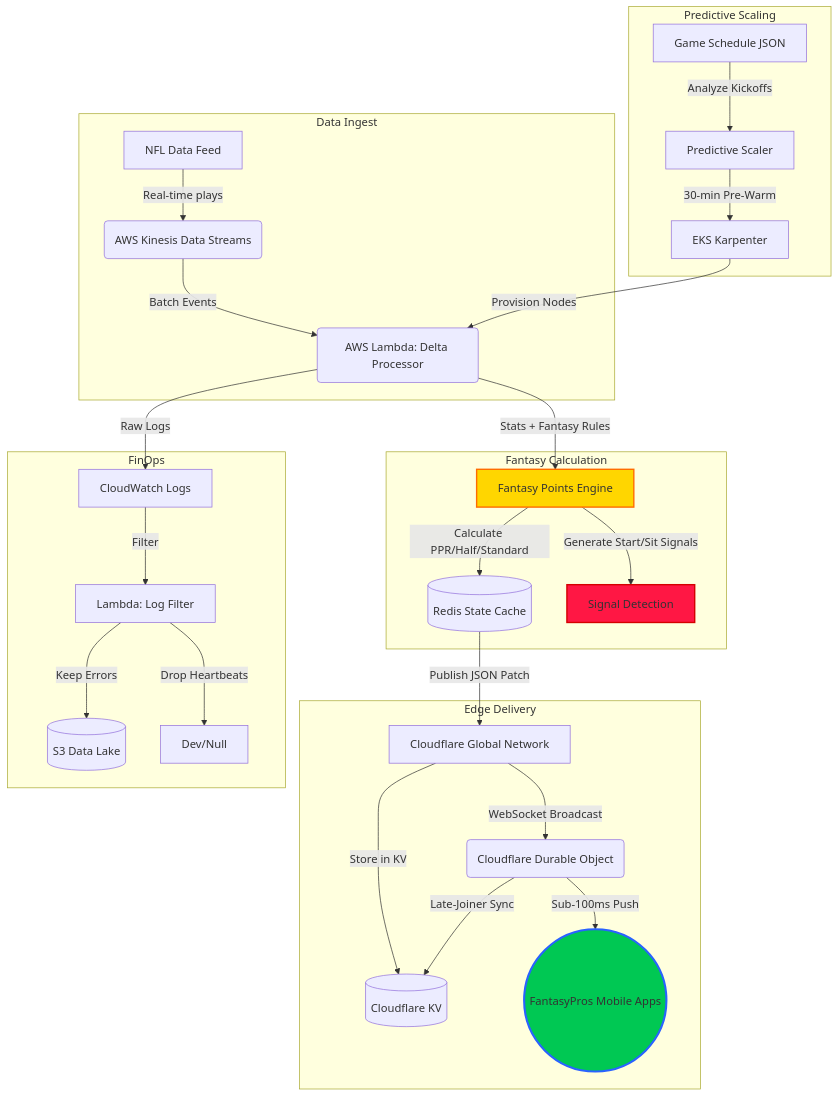
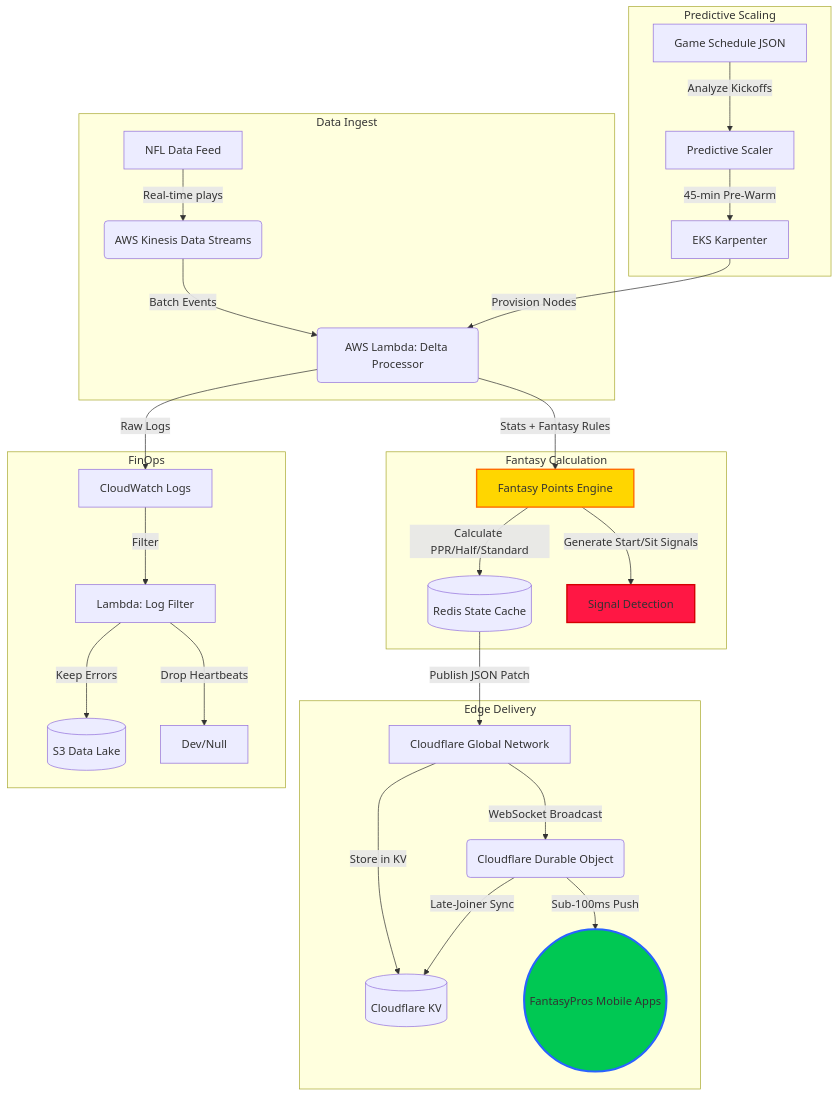
Before and after one commit to Kindee18/blitz-scale-edge-observer: the diagram in FANTASYPROS_SHOWCASE.md, drawn with Mermaid. The commit also changed other lines of this file and 2 other files, not shown here.

````diff
--- a/FANTASYPROS_SHOWCASE.md
+++ b/FANTASYPROS_SHOWCASE.md
@@ -68,38 +68,38 @@
 ```mermaid
 graph TD
     subgraph Data Ingest
         A[NFL Data Feed] -->|Real-time plays| B(AWS Kinesis Data Streams)
         B -->|Batch Events| C(AWS Lambda: Delta Processor)
     end
 
     subgraph Fantasy Calculation
         C -->|Stats + Fantasy Rules| D[Fantasy Points Engine]
         D -->|Calculate PPR/Half/Standard| E[(Redis State Cache)]
         D -->|Generate Start/Sit Signals| F[Signal Detection]
     end
 
     subgraph Edge Delivery
         E -->|Publish JSON Patch| G[Cloudflare Global Network]
         G -->|Store in KV| H[(Cloudflare KV)]
         G -->|WebSocket Broadcast| I(Cloudflare Durable Object)
         I -->|Sub-100ms Push| J((FantasyPros Mobile Apps))
         I -->|Late-Joiner Sync| H
     end
 
     subgraph Predictive Scaling
         K[Game Schedule JSON] -->|Analyze Kickoffs| L[Predictive Scaler]
-        L -->|30-min Pre-Warm| M[EKS Karpenter]
+        L -->|45-min Pre-Warm| M[EKS Karpenter]
         M -->|Provision Nodes| C
     end
 
     subgraph FinOps
         C -->|Raw Logs| N[CloudWatch Logs]
         N -->|Filter| O[Lambda: Log Filter]
         O -->|Keep Errors| P[(S3 Data Lake)]
         O -->|Drop Heartbeats| Q[Dev/Null]
     end
 
     style J fill:#00C853,stroke:#2962FF,stroke-width:3px
     style D fill:#FFD600,stroke:#FF6D00,stroke-width:2px
     style F fill:#FF1744,stroke:#D50000,stroke-width:2px
 ```
````
